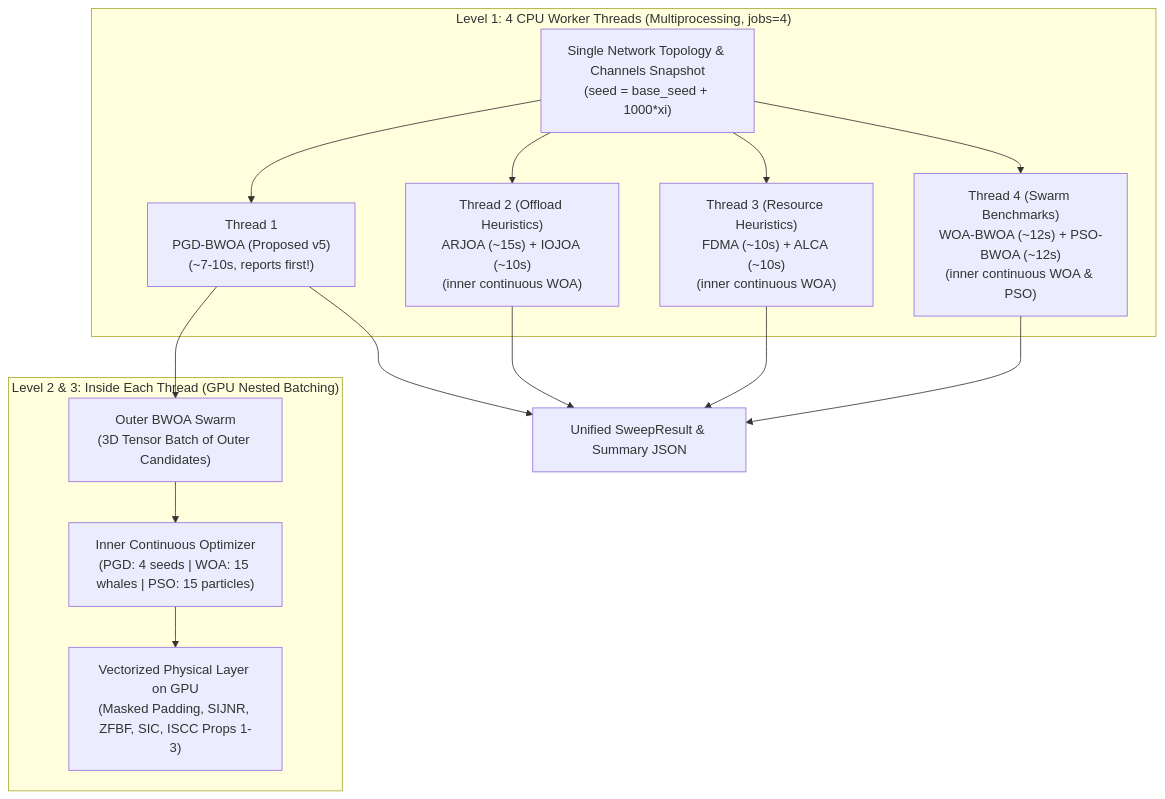
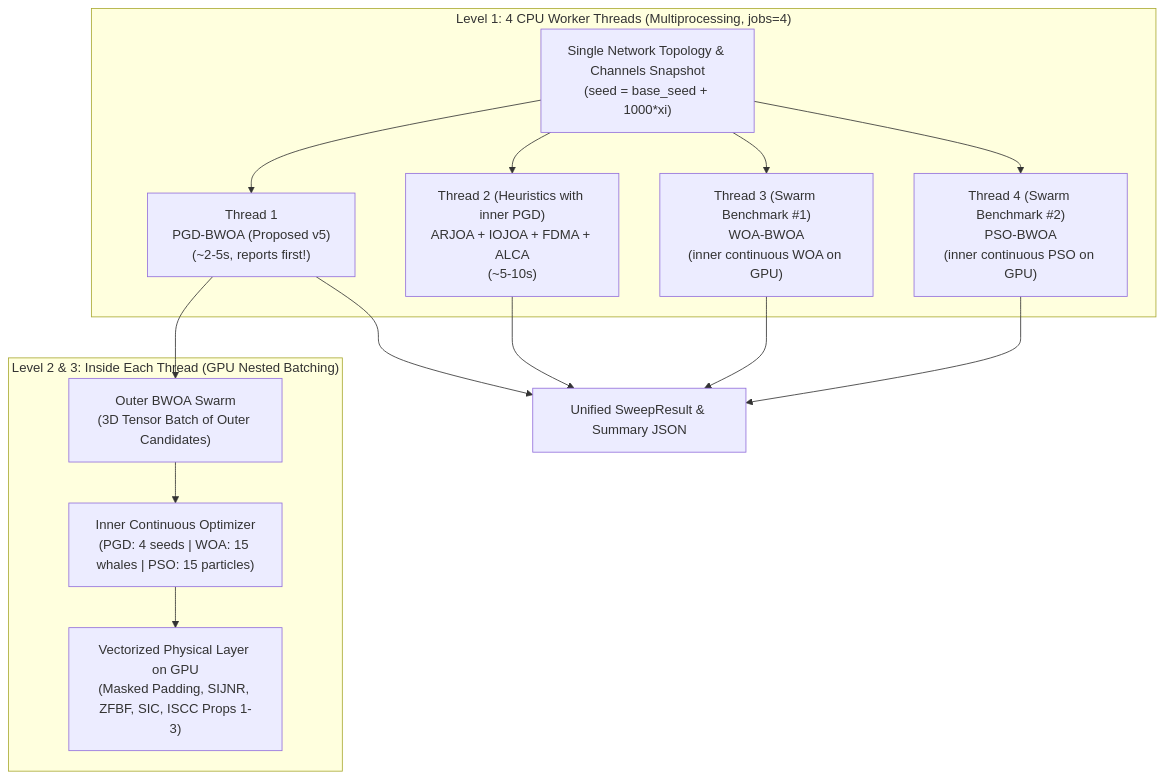
Before and after one commit to thienhieu-hoang/ISCC_Optimization: the diagram in simulation_v5_PGD_singleRealization_batchofBatch/README_batch_run.md, drawn with Mermaid. The commit also changed other lines of this file and 7 other files, not shown here.

Commit message:
change FDMA, All remote, All local... to use PGD for inner optimization, change the threads (seperate IWOA and PSO)

````diff
--- a/simulation_v5_PGD_singleRealization_batchofBatch/README_batch_run.md
+++ b/simulation_v5_PGD_singleRealization_batchofBatch/README_batch_run.md
@@ -17,20 +17,20 @@
 ```mermaid
 graph TD
     subgraph CPU Multi-Threading ["Level 1: 4 CPU Worker Threads (Multiprocessing, jobs=4)"]
-        Topo["Single Network Topology & Channels Snapshot<br/>(seed = base_seed + 1000*xi)"] --> T1["Thread 1<br/>PGD-BWOA (Proposed v5)<br/>(~7-10s, reports first!)"]
-        Topo --> T2["Thread 2 (Offload Heuristics)<br/>ARJOA (~15s) + IOJOA (~10s)<br/>(inner continuous WOA)"]
-        Topo --> T3["Thread 3 (Resource Heuristics)<br/>FDMA (~10s) + ALCA (~10s)<br/>(inner continuous WOA)"]
-        Topo --> T4["Thread 4 (Swarm Benchmarks)<br/>WOA-BWOA (~12s) + PSO-BWOA (~12s)<br/>(inner continuous WOA & PSO)"]
+        Topo["Single Network Topology & Channels Snapshot<br/>(seed = base_seed + 1000*xi)"] --> T1["Thread 1<br/>PGD-BWOA (Proposed v5)<br/>(~2-5s, reports first!)"]
+        Topo --> T2["Thread 2 (Heuristics with inner PGD)<br/>ARJOA + IOJOA + FDMA + ALCA<br/>(~5-10s)"]
+        Topo --> T3["Thread 3 (Swarm Benchmark #1)<br/>WOA-BWOA<br/>(inner continuous WOA on GPU)"]
+        Topo --> T4["Thread 4 (Swarm Benchmark #2)<br/>PSO-BWOA<br/>(inner continuous PSO on GPU)"]
     end
 
     subgraph GPU Batching ["Level 2 & 3: Inside Each Thread (GPU Nested Batching)"]
         T1 --> BWOA["Outer BWOA Swarm<br/>(3D Tensor Batch of Outer Candidates)"]
         BWOA --> InnerOpt["Inner Continuous Optimizer<br/>(PGD: 4 seeds | WOA: 15 whales | PSO: 15 particles)"]
         InnerOpt --> PhyGPU["Vectorized Physical Layer on GPU<br/>(Masked Padding, SIJNR, ZFBF, SIC, ISCC Props 1-3)"]
     end
 
     T1 --> Out["Unified SweepResult & Summary JSON"]
     T2 --> Out
     T3 --> Out
     T4 --> Out
 ```
````
